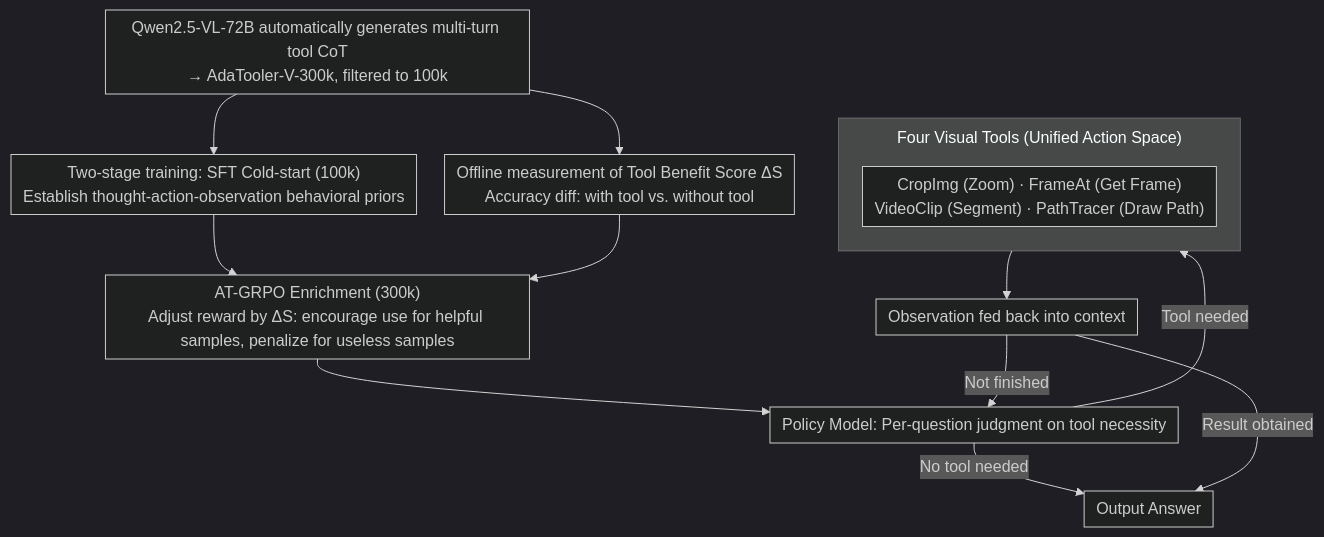
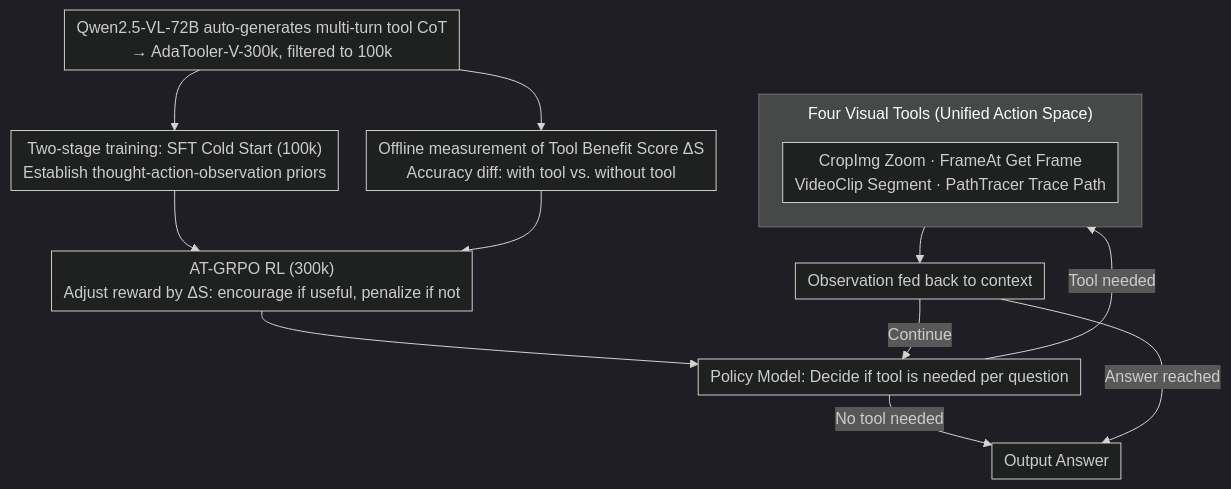
One commit to zhaoyang97/Paper-Notes-en changed the diagram in docs/ACL2026/multimodal_vlm/adatooler-v_adaptive_tool-use_for_images_and_videos.md. Above: the diagram before and after it, drawn with Mermaid (dark theme). The commit also changed other lines of this file and 5084 other files, not shown here.

````diff
--- a/docs/ACL2026/multimodal_vlm/adatooler-v_adaptive_tool-use_for_images_and_videos.md
+++ b/docs/ACL2026/multimodal_vlm/adatooler-v_adaptive_tool-use_for_images_and_videos.md
@@ -45,26 +45,26 @@
 ```mermaid
 %%{init: {'flowchart': {'rankSpacing': 24, 'nodeSpacing': 28, 'padding': 6, 'wrappingWidth': 400, 'subGraphTitleMargin': {'top': 8, 'bottom': 16}}}}%%
 flowchart TD
-    D["Qwen2.5-VL-72B automatically generates multi-turn tool CoT<br/>→ AdaTooler-V-300k, filtered to 100k"]
+    D["Qwen2.5-VL-72B auto-generates multi-turn tool CoT<br/>→ AdaTooler-V-300k, filtered to 100k"]
     DS["Offline measurement of Tool Benefit Score ΔS<br/>Accuracy diff: with tool vs. without tool"]
-    SFT["Two-stage training: SFT Cold-start (100k)<br/>Establish thought-action-observation behavioral priors"]
-    RL["AT-GRPO Enrichment (300k)<br/>Adjust reward by ΔS: encourage use for helpful samples, penalize for useless samples"]
-    P["Policy Model: Per-question judgment on tool necessity"]
+    SFT["Two-stage training: SFT Cold Start (100k)<br/>Establish thought-action-observation priors"]
+    RL["AT-GRPO RL (300k)<br/>Adjust reward by ΔS: encourage if useful, penalize if not"]
+    P["Policy Model: Decide if tool is needed per question"]
     subgraph TOOLS["Four Visual Tools (Unified Action Space)"]
         direction TB
-        T["CropImg (Zoom) · FrameAt (Get Frame)<br/>VideoClip (Segment) · PathTracer (Draw Path)"]
+        T["CropImg Zoom · FrameAt Get Frame<br/>VideoClip Segment · PathTracer Trace Path"]
     end
-    OBS["Observation fed back into context"]
+    OBS["Observation fed back to context"]
     ANS["Output Answer"]
 
     D --> SFT
     D --> DS
     SFT --> RL
     DS --> RL
     RL --> P
     P -->|No tool needed| ANS
     P -->|Tool needed| TOOLS
     TOOLS --> OBS
-    OBS -->|Not finished| P
-    OBS -->|Result obtained| ANS
+    OBS -->|Continue| P
+    OBS -->|Answer reached| ANS
 ```
````
